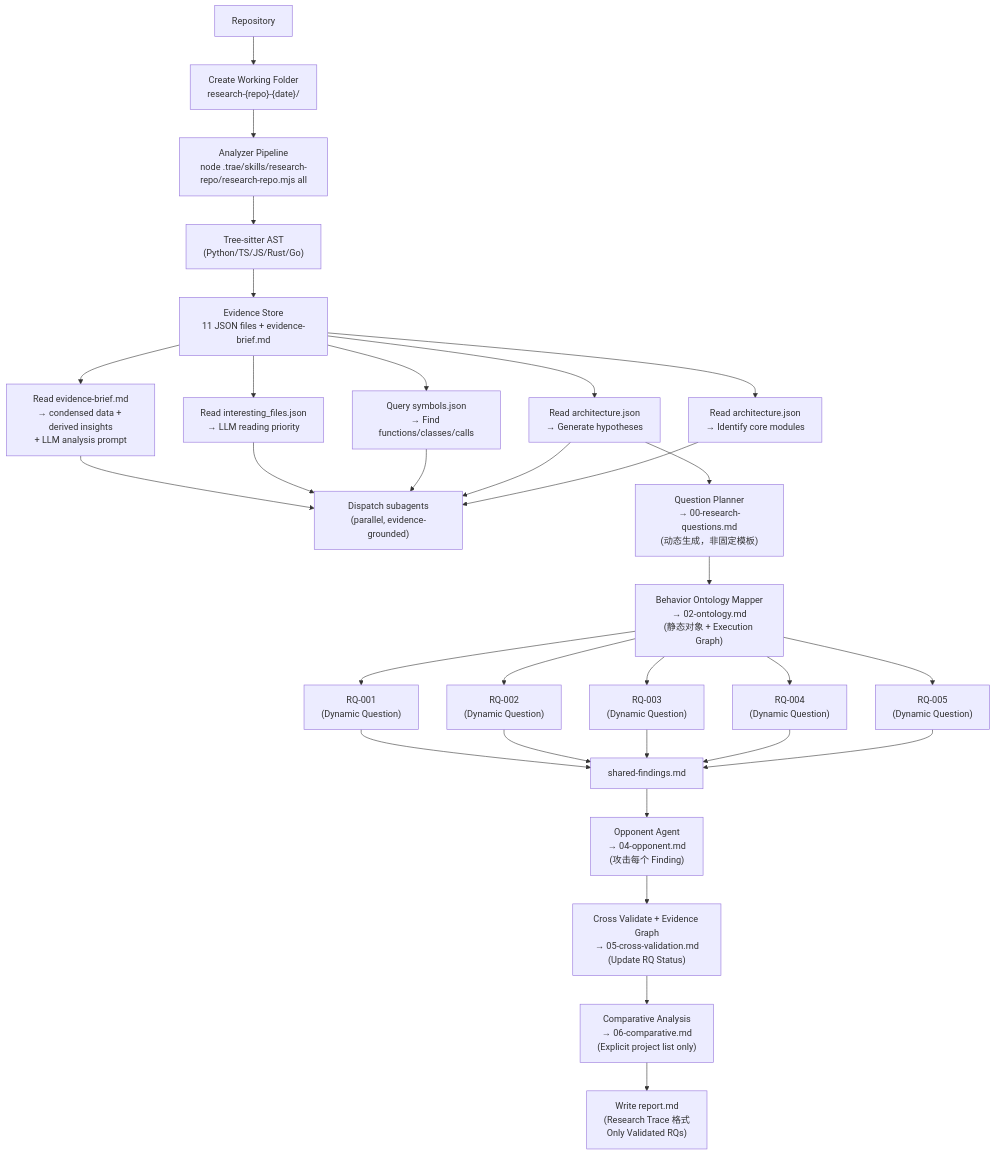
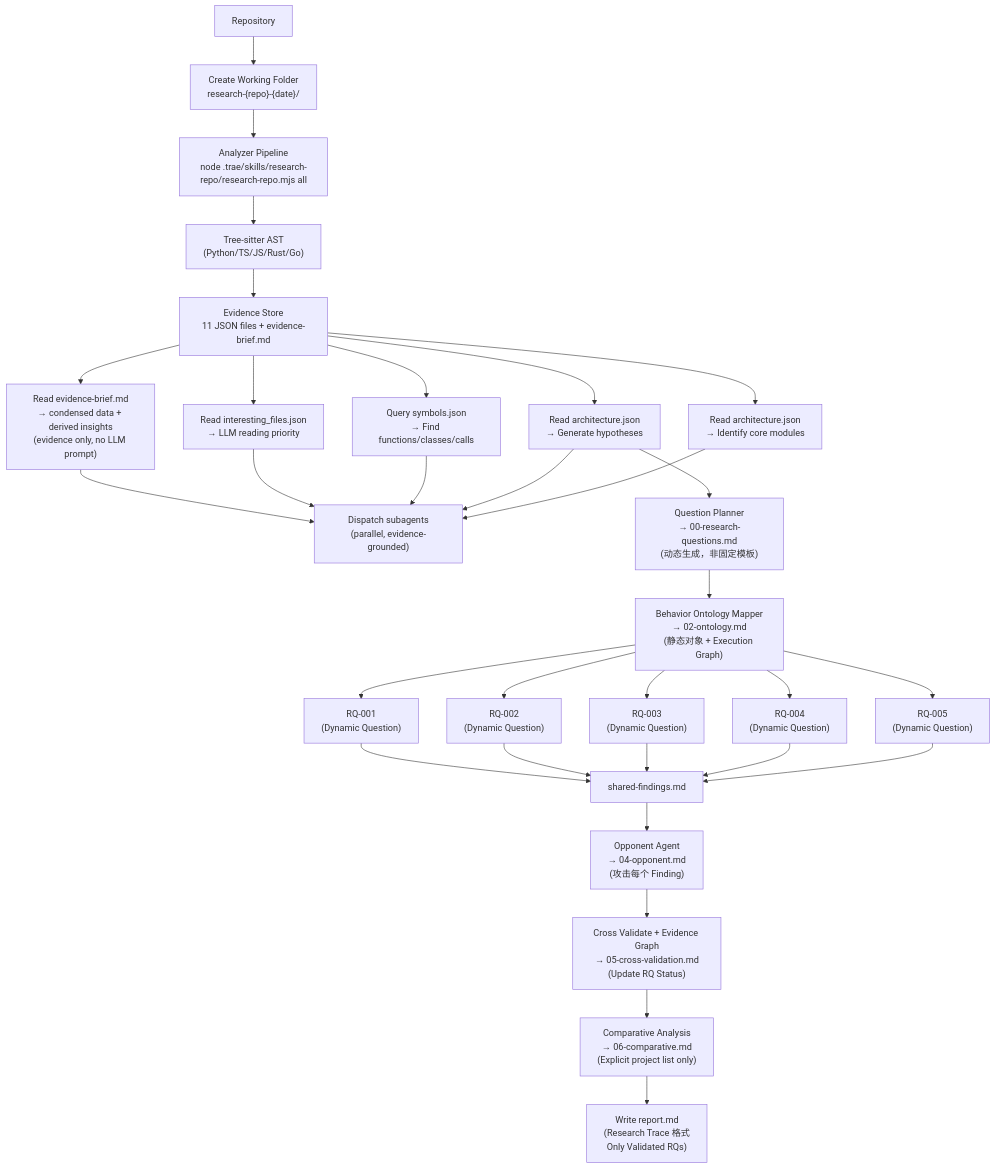
Before and after one commit to devweekly/devweekly.github.io: the third of 3 diagrams in .trae/skills/research-repo/SKILL.md, drawn with Mermaid. The commit also changed other lines of this file and 4 other files, not shown here.

````diff
--- a/.trae/skills/research-repo/SKILL.md
+++ b/.trae/skills/research-repo/SKILL.md
@@ -501,44 +501,44 @@
 ```mermaid
 flowchart TD
   A[Repository] --> WF["Create Working Folder<br/>research-{repo}-{date}/"]
   WF --> DA["Analyzer Pipeline<br/>node .trae/skills/research-repo/research-repo.mjs all"]
 
   DA --> TS["Tree-sitter AST<br/>(Python/TS/JS/Rust/Go)"]
   TS --> ES["Evidence Store<br/>11 JSON files + evidence-brief.md"]
 
-  ES --> BRIEF["Read evidence-brief.md<br/>→ condensed data + derived insights<br/>+ LLM analysis prompt"]
+  ES --> BRIEF["Read evidence-brief.md<br/>→ condensed data + derived insights<br/>(evidence only, no LLM prompt)"]
   ES --> RANK["Read interesting_files.json<br/>→ LLM reading priority"]
   ES --> SYM["Query symbols.json<br/>→ Find functions/classes/calls"]
   ES --> HYP["Read architecture.json<br/>→ Generate hypotheses"]
   ES --> ARCH["Read architecture.json<br/>→ Identify core modules"]
 
   BRIEF --> E["Dispatch subagents<br/>(parallel, evidence-grounded)"]
   RANK --> E
   SYM --> E
   HYP --> E
   ARCH --> E
 
   HYP --> QP["Question Planner<br/>→ 00-research-questions.md<br/>(动态生成，非固定模板)"]
 
   QP --> ONT["Behavior Ontology Mapper<br/>→ 02-ontology.md<br/>(静态对象 + Execution Graph)"]
 
   ONT --> RQ1["RQ-001<br/>(Dynamic Question)"]
   ONT --> RQ2["RQ-002<br/>(Dynamic Question)"]
   ONT --> RQ3["RQ-003<br/>(Dynamic Question)"]
   ONT --> RQ4["RQ-004<br/>(Dynamic Question)"]
   ONT --> RQ5["RQ-005<br/>(Dynamic Question)"]
 
   RQ1 --> SF["shared-findings.md"]
   RQ2 --> SF
   RQ3 --> SF
   RQ4 --> SF
   RQ5 --> SF
 
   SF --> OPP["Opponent Agent<br/>→ 04-opponent.md<br/>(攻击每个 Finding)"]
 
   OPP --> F["Cross Validate + Evidence Graph<br/>→ 05-cross-validation.md<br/>(Update RQ Status)"]
 
   F --> CA["Comparative Analysis<br/>→ 06-comparative.md<br/>(Explicit project list only)"]
 
   CA --> M["Write report.md<br/>(Research Trace 格式<br/>Only Validated RQs)"]
 ```
````
